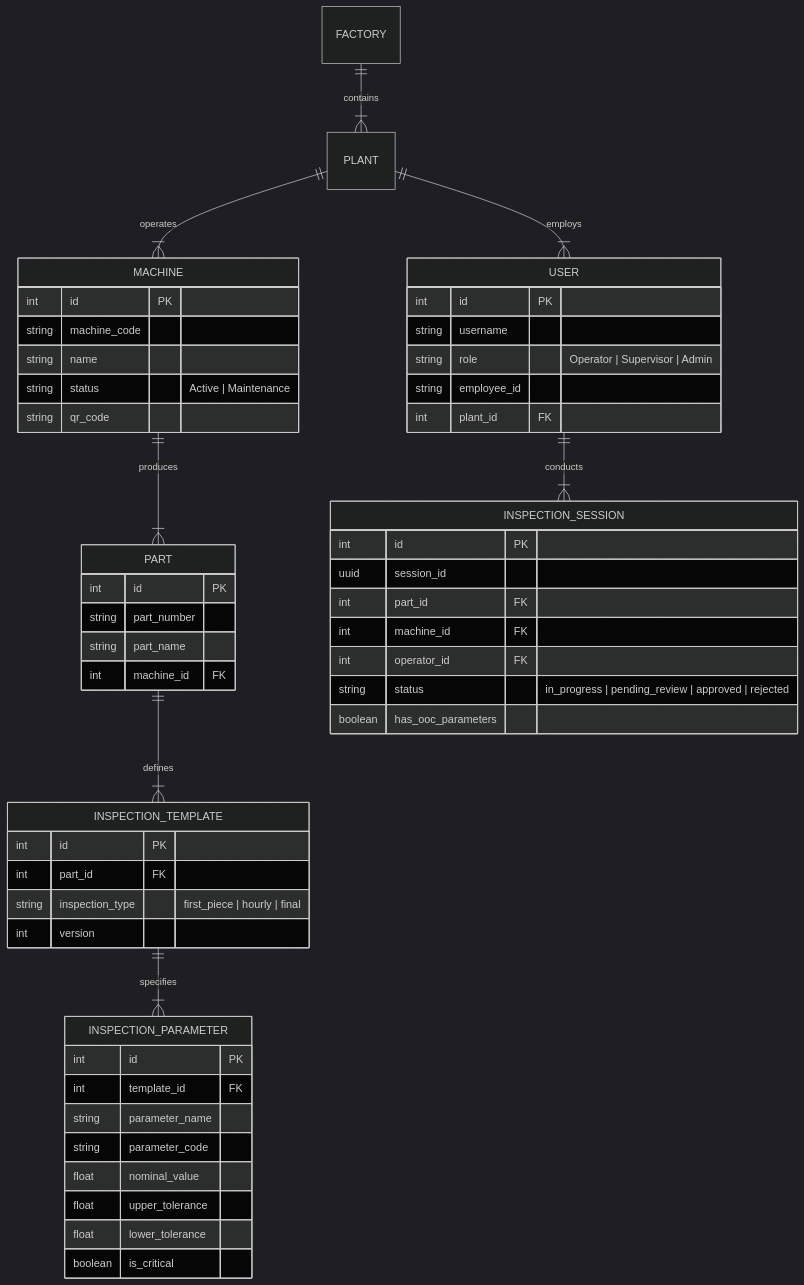
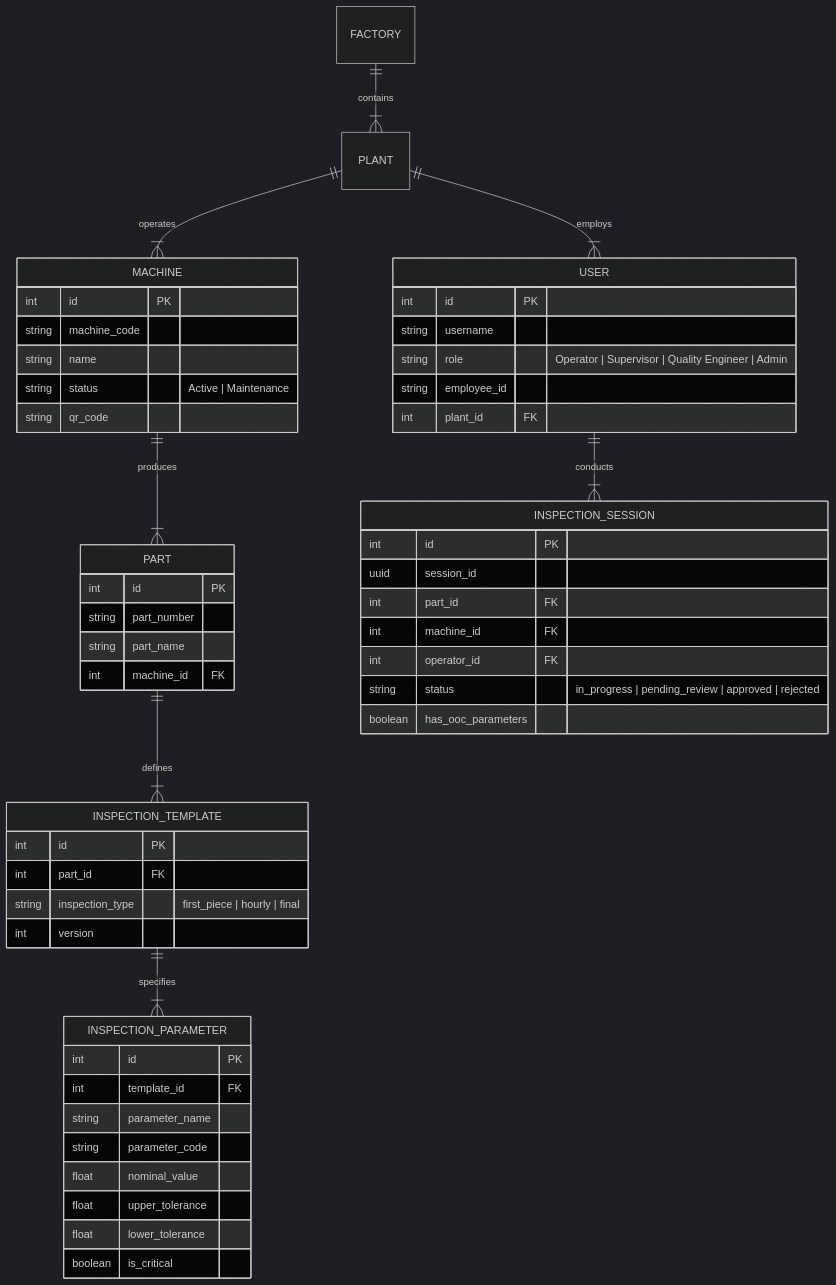
Before and after one commit to Samrudhi1004/Ledger-Entry-Automation: the third of 3 diagrams in README.md, drawn with Mermaid (dark theme). The commit also changed other lines of this file and 3 other files, not shown here.

````diff
--- a/README.md
+++ b/README.md
@@ -102,61 +144,61 @@
 ```mermaid
 erDiagram
     FACTORY ||--|{ PLANT : contains
     PLANT ||--|{ USER : employs
     PLANT ||--|{ MACHINE : operates
     MACHINE ||--|{ PART : produces
     PART ||--|{ INSPECTION_TEMPLATE : defines
     INSPECTION_TEMPLATE ||--|{ INSPECTION_PARAMETER : specifies
     USER ||--|{ INSPECTION_SESSION : conducts
 
     USER {
         int id PK
         string username
-        string role "Operator | Supervisor | Admin"
+        string role "Operator | Supervisor | Quality Engineer | Admin"
         string employee_id
         int plant_id FK
     }
 
     MACHINE {
         int id PK
         string machine_code
         string name
         string status "Active | Maintenance"
         string qr_code
     }
 
     PART {
         int id PK
         string part_number
         string part_name
         int machine_id FK
     }
 
     INSPECTION_TEMPLATE {
         int id PK
         int part_id FK
         string inspection_type "first_piece | hourly | final"
         int version
     }
 
     INSPECTION_PARAMETER {
         int id PK
         int template_id FK
         string parameter_name
         string parameter_code
         float nominal_value
         float upper_tolerance
         float lower_tolerance
         boolean is_critical
     }
 
     INSPECTION_SESSION {
         int id PK
         uuid session_id
         int part_id FK
         int machine_id FK
         int operator_id FK
         string status "in_progress | pending_review | approved | rejected"
         boolean has_ooc_parameters
     }
 ```
````
